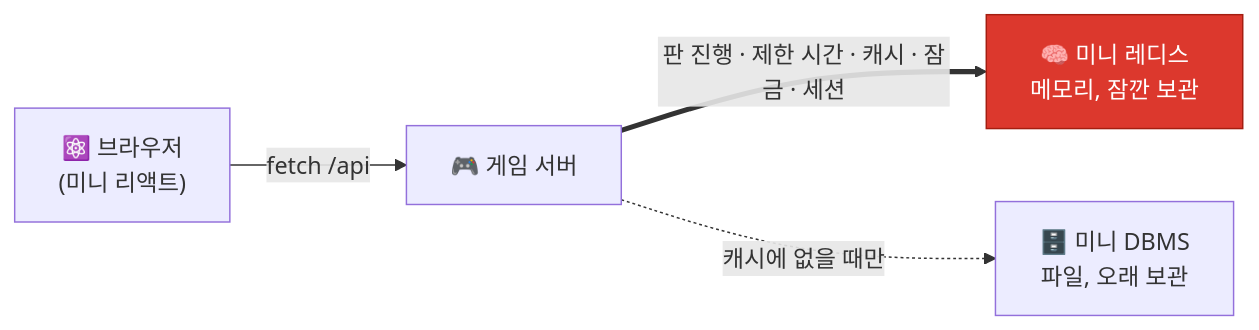
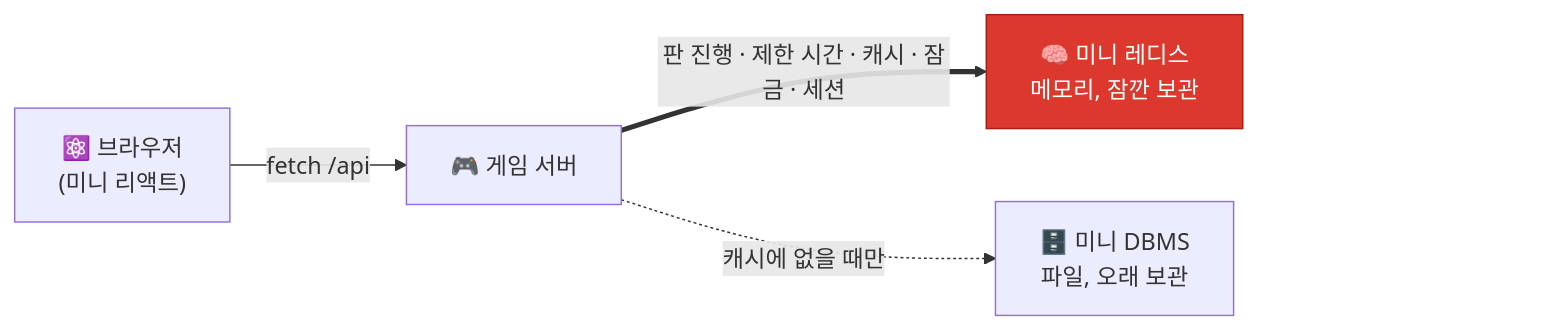
Before and after one commit to ririzu1202/shiritori: the first of 5 diagrams in README.md, drawn with Mermaid.

````diff
--- a/README.md
+++ b/README.md
@@ -29,8 +29,10 @@
 ```mermaid
 flowchart LR
   W["⚛️ 브라우저<br/>(미니 리액트)"] -- "fetch /api" --> G["🎮 게임 서버"]
   G == "판 진행 · 제한 시간 · 캐시 · 잠금 · 세션" ==> R["🧠 미니 레디스<br/>메모리, 잠깐 보관"]
   G -. "캐시에 없을 때만" .-> D["🗄️ 미니 DBMS<br/>파일, 오래 보관"]
 
   style R fill:#DC382D,color:#fff,stroke:#A41E11
+  D ~~~ PAD["확대 버튼 자리"]
+  style PAD fill:none,stroke:none,color:transparent
 ```
````
